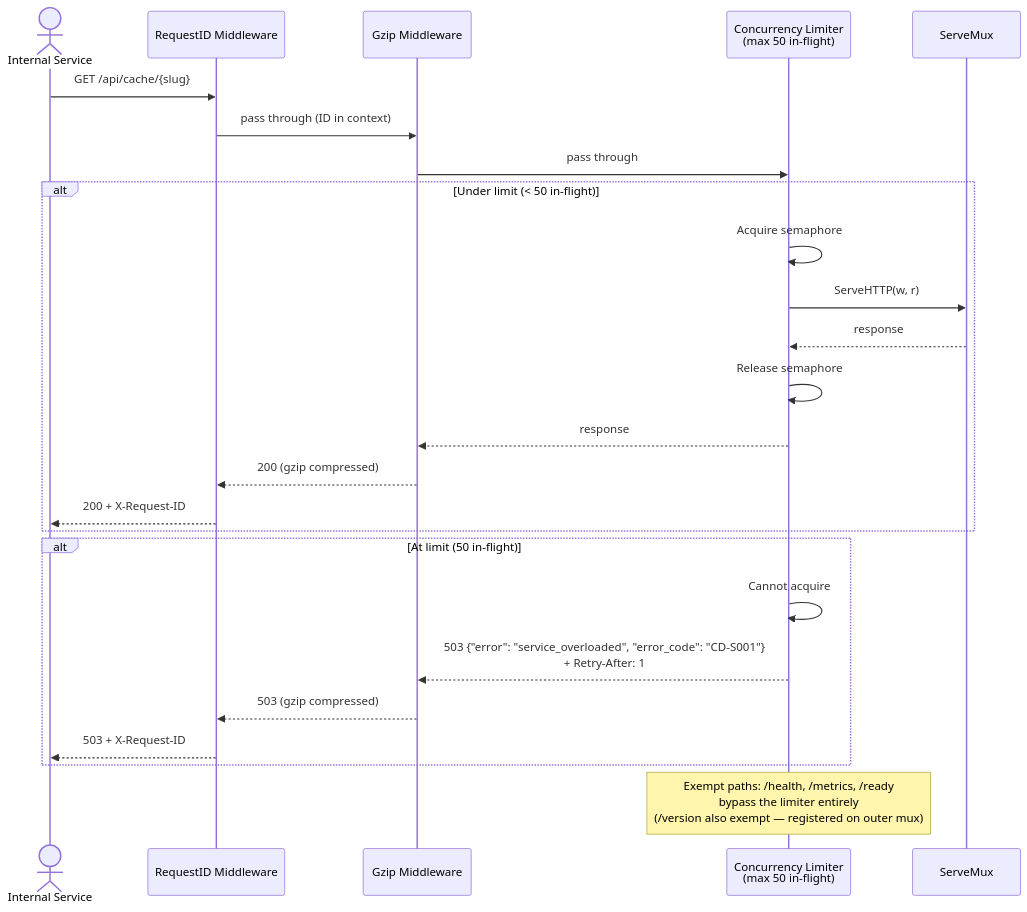
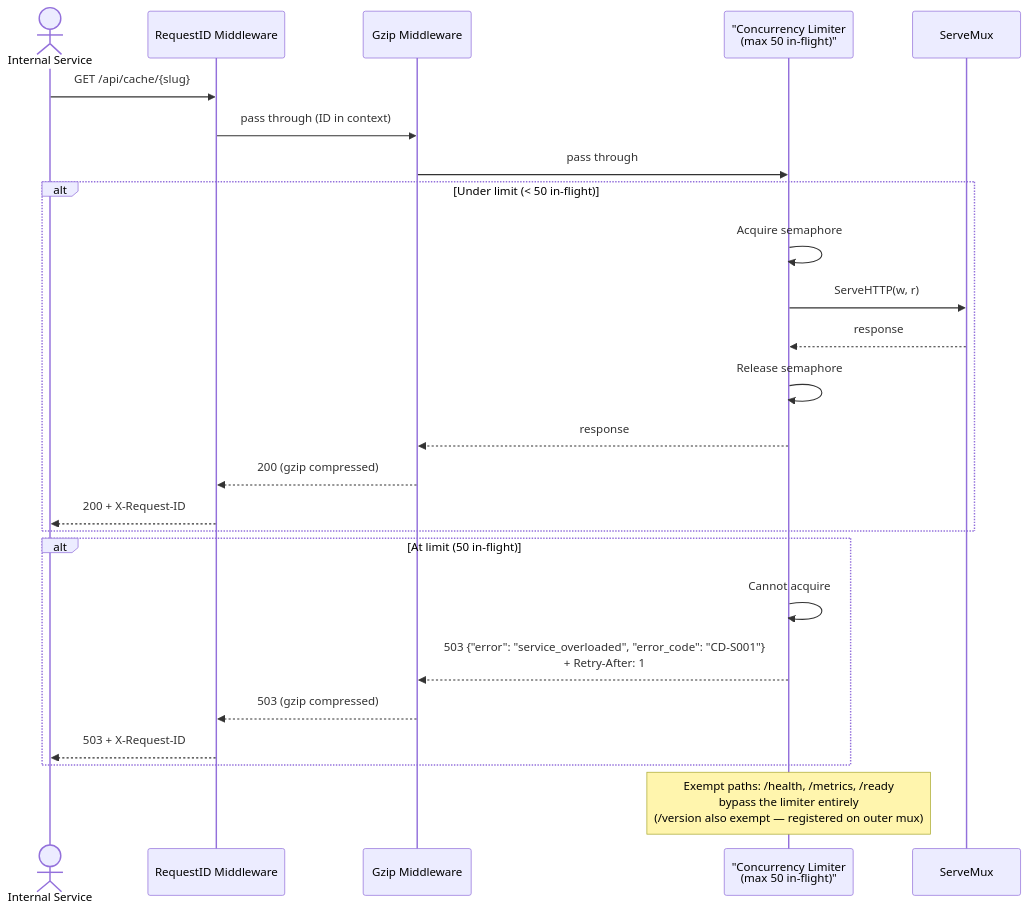
The fourth of 31 diagrams in docs/sequence-diagram.md (finish06/cash-drugs), drawn with Mermaid before and after one commit. The commit also changed other lines of this file and 8 other files, not shown here.

````diff
--- a/docs/sequence-diagram.md
+++ b/docs/sequence-diagram.md
@@ -167,31 +167,31 @@
 ```mermaid
 sequenceDiagram
     actor Client as Internal Service
     participant RID as RequestID Middleware
     participant GZ as Gzip Middleware
-    participant LIM as Concurrency Limiter<br/>(max 50 in-flight)
+    participant LIM as "Concurrency Limiter<br/>(max 50 in-flight)"
     participant MUX as ServeMux
 
     Client->>RID: GET /api/cache/{slug}
     RID->>GZ: pass through (ID in context)
     GZ->>LIM: pass through
 
     alt Under limit (< 50 in-flight)
         LIM->>LIM: Acquire semaphore
         LIM->>MUX: ServeHTTP(w, r)
         MUX-->>LIM: response
         LIM->>LIM: Release semaphore
         LIM-->>GZ: response
         GZ-->>RID: 200 (gzip compressed)
         RID-->>Client: 200 + X-Request-ID
     end
 
     alt At limit (50 in-flight)
         LIM->>LIM: Cannot acquire
         LIM-->>GZ: 503 {"error": "service_overloaded", "error_code": "CD-S001"}<br/>+ Retry-After: 1
         GZ-->>RID: 503 (gzip compressed)
         RID-->>Client: 503 + X-Request-ID
     end
 
     Note over LIM: Exempt paths: /health, /metrics, /ready<br/>bypass the limiter entirely<br/>(/version also exempt — registered on outer mux)
 ```
````
